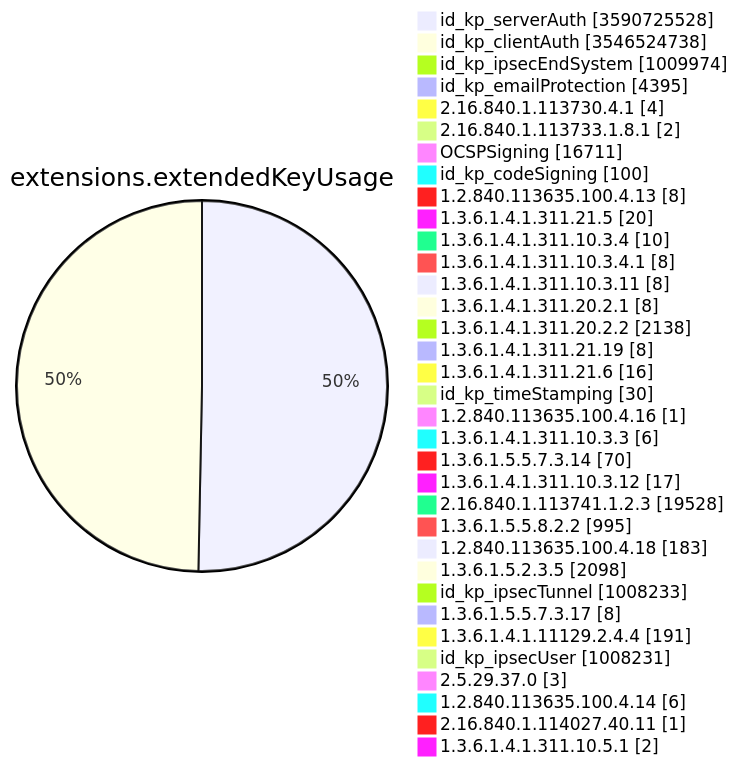
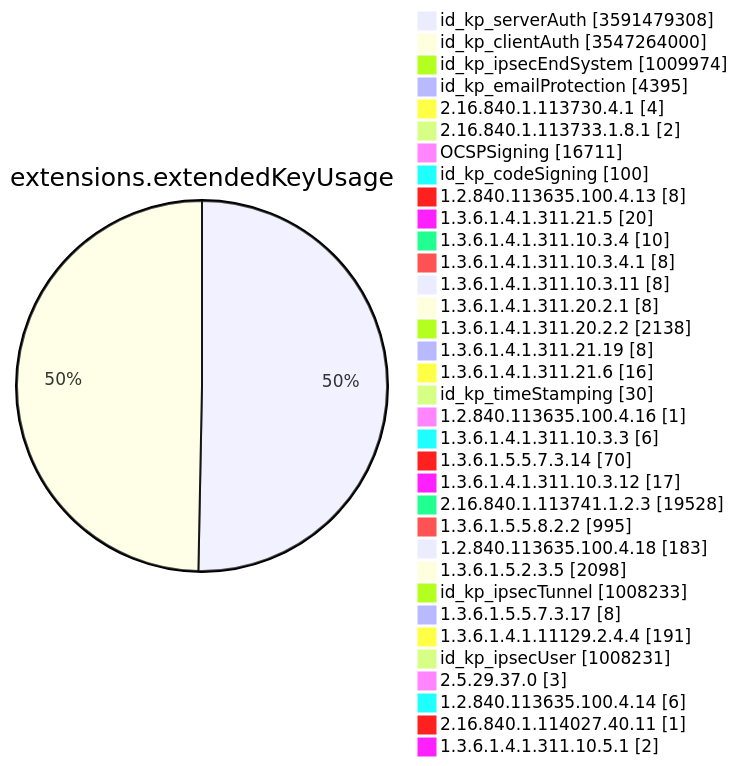
Diagram 11 of 15 in TOTAL/README.md (christiankrug/ctmonitor_visualization), drawn with Mermaid before and after one commit. The commit also changed other lines of this file, not shown here.

````diff
--- a/TOTAL/README.md
+++ b/TOTAL/README.md
@@ -4128,38 +4128,38 @@
 ```mermaid
 pie showData
 title extensions.extendedKeyUsage
-"id_kp_serverAuth" :3590725528
-"id_kp_clientAuth" :3546524738
+"id_kp_serverAuth" :3591479308
+"id_kp_clientAuth" :3547264000
 "id_kp_ipsecEndSystem" :1009974
 "id_kp_emailProtection" :4395
 "2.16.840.1.113730.4.1" :4
 "2.16.840.1.113733.1.8.1" :2
 "OCSPSigning" :16711
 "id_kp_codeSigning" :100
 "1.2.840.113635.100.4.13" :8
 "1.3.6.1.4.1.311.21.5" :20
 "1.3.6.1.4.1.311.10.3.4" :10
 "1.3.6.1.4.1.311.10.3.4.1" :8
 "1.3.6.1.4.1.311.10.3.11" :8
 "1.3.6.1.4.1.311.20.2.1" :8
 "1.3.6.1.4.1.311.20.2.2" :2138
 "1.3.6.1.4.1.311.21.19" :8
 "1.3.6.1.4.1.311.21.6" :16
 "id_kp_timeStamping" :30
 "1.2.840.113635.100.4.16" :1
 "1.3.6.1.4.1.311.10.3.3" :6
 "1.3.6.1.5.5.7.3.14" :70
 "1.3.6.1.4.1.311.10.3.12" :17
 "2.16.840.1.113741.1.2.3" :19528
 "1.3.6.1.5.5.8.2.2" :995
 "1.2.840.113635.100.4.18" :183
 "1.3.6.1.5.2.3.5" :2098
 "id_kp_ipsecTunnel" :1008233
 "1.3.6.1.5.5.7.3.17" :8
 "1.3.6.1.4.1.11129.2.4.4" :191
 "id_kp_ipsecUser" :1008231
 "2.5.29.37.0" :3
 "1.2.840.113635.100.4.14" :6
 "2.16.840.1.114027.40.11" :1
 "1.3.6.1.4.1.311.10.5.1" :2
 ```
````
